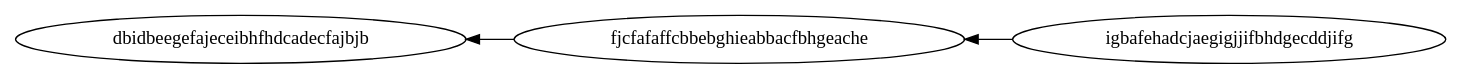
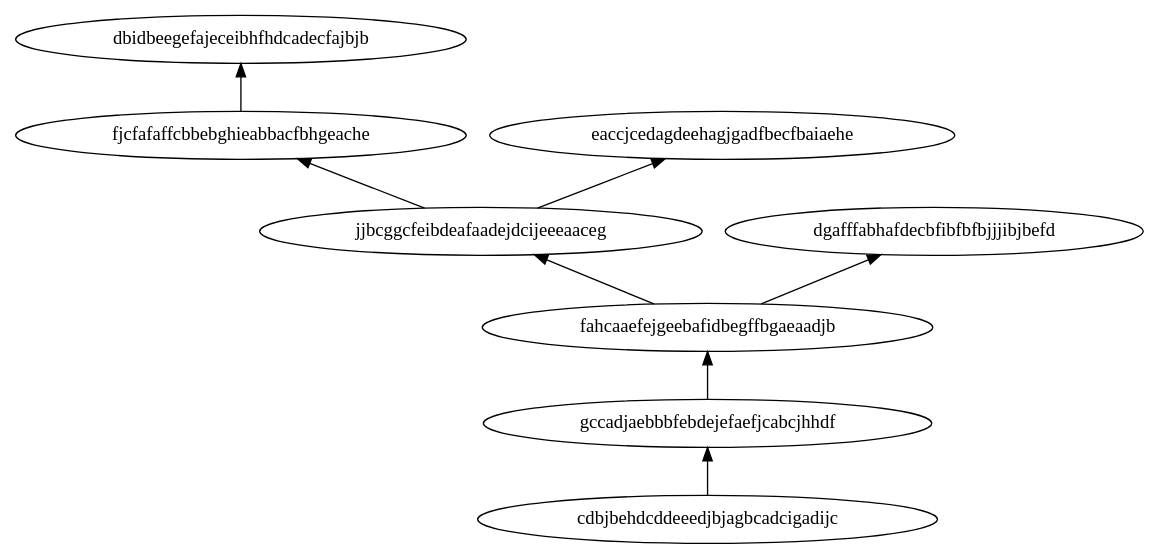
One commit to qreal/qreal changed the diagram in qrgui/dotFiles/graph1.dot. Above: the diagram before and after it, drawn with Graphviz. The commit also changed 6 other files, not shown here.

```diff
--- a/qrgui/dotFiles/graph1.dot
+++ b/qrgui/dotFiles/graph1.dot
@@ -1,5 +1,10 @@
 digraph G { 
-rankdir=RL; 
-igbafehadcjaegigjjifbhdgecddjifg -> fjcfafaffcbbebghieabbacfbhgeache;
+rankdir=BT; 
 fjcfafaffcbbebghieabbacfbhgeache -> dbidbeegefajeceibhfhdcadecfajbjb;
+jjbcggcfeibdeafaadejdcijeeeaaceg -> fjcfafaffcbbebghieabbacfbhgeache;
+jjbcggcfeibdeafaadejdcijeeeaaceg -> eaccjcedagdeehagjgadfbecfbaiaehe;
+fahcaaefejgeebafidbegffbgaeaadjb -> jjbcggcfeibdeafaadejdcijeeeaaceg;
+fahcaaefejgeebafidbegffbgaeaadjb -> dgafffabhafdecbfibfbfbjjjibjbefd;
+gccadjaebbbfebdejefaefjcabcjhhdf -> fahcaaefejgeebafidbegffbgaeaadjb;
+cdbjbehdcddeeedjbjagbcadcigadijc -> gccadjaebbbfebdejefaefjcabcjhhdf;
 }
```
